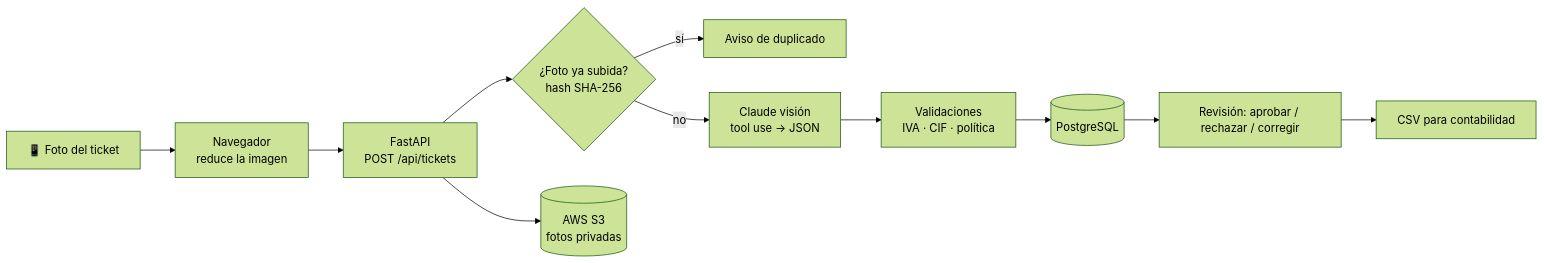
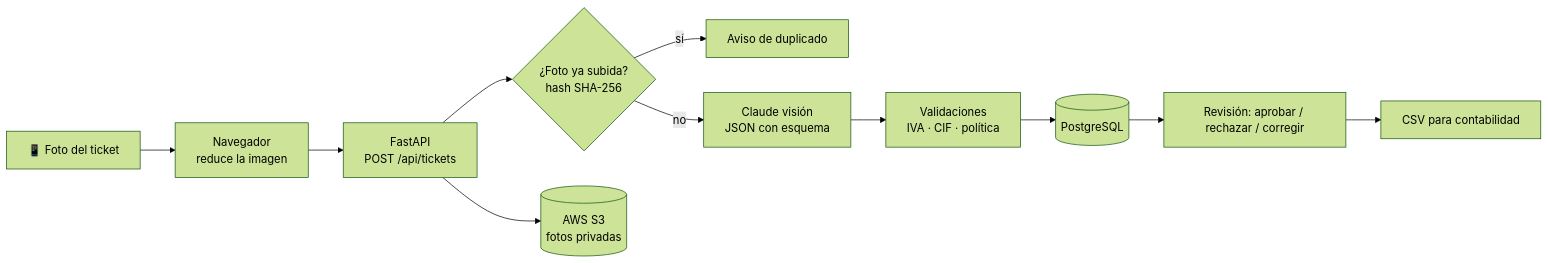
The diagram in README.md (FinchoStark/gestor-gastos), drawn with Mermaid (forest theme) before and after one commit. The commit also changed other lines of this file and 2 other files, not shown here.

First line of the commit message:
Lee los tickets con salidas estructuradas

````diff
--- a/README.md
+++ b/README.md
@@ -9,13 +9,13 @@
 ```mermaid
 flowchart LR
     A[📱 Foto del ticket] --> B[Navegador<br/>reduce la imagen]
     B --> C[FastAPI<br/>POST /api/tickets]
     C --> D{¿Foto ya subida?<br/>hash SHA-256}
     D -- sí --> X[Aviso de duplicado]
-    D -- no --> E[Claude visión<br/>tool use → JSON]
+    D -- no --> E[Claude visión<br/>JSON con esquema]
     E --> F[Validaciones<br/>IVA · CIF · política]
     F --> G[(PostgreSQL)]
     C --> H[(AWS S3<br/>fotos privadas)]
     G --> I[Revisión: aprobar / rechazar / corregir]
     I --> J[CSV para contabilidad]
 ```
````
